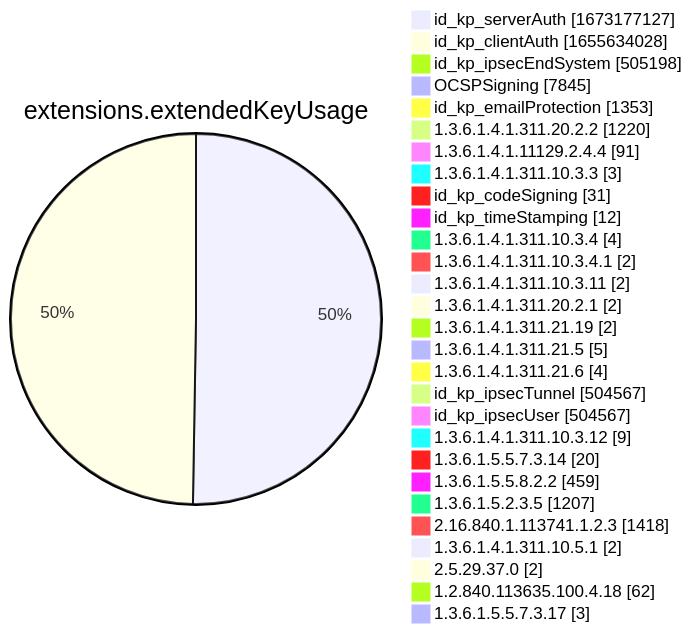
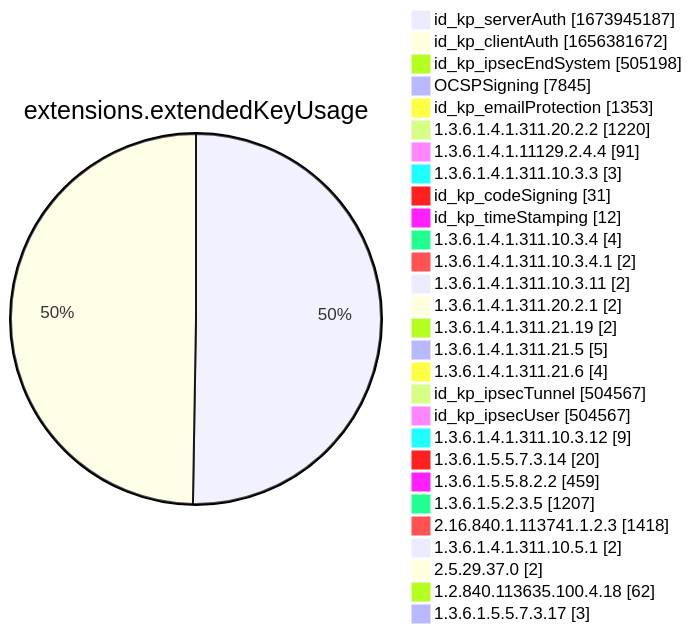
Diagram 12 of 15 in xenon2022/README.md (christiankrug/ctmonitor_visualization), drawn with Mermaid before and after one commit. The commit also changed other lines of this file, not shown here.

````diff
--- a/xenon2022/README.md
+++ b/xenon2022/README.md
@@ -3888,32 +3888,32 @@
 ```mermaid
 pie showData
 title extensions.extendedKeyUsage
-"id_kp_serverAuth" :1673177127
-"id_kp_clientAuth" :1655634028
+"id_kp_serverAuth" :1673945187
+"id_kp_clientAuth" :1656381672
 "id_kp_ipsecEndSystem" :505198
 "OCSPSigning" :7845
 "id_kp_emailProtection" :1353
 "1.3.6.1.4.1.311.20.2.2" :1220
 "1.3.6.1.4.1.11129.2.4.4" :91
 "1.3.6.1.4.1.311.10.3.3" :3
 "id_kp_codeSigning" :31
 "id_kp_timeStamping" :12
 "1.3.6.1.4.1.311.10.3.4" :4
 "1.3.6.1.4.1.311.10.3.4.1" :2
 "1.3.6.1.4.1.311.10.3.11" :2
 "1.3.6.1.4.1.311.20.2.1" :2
 "1.3.6.1.4.1.311.21.19" :2
 "1.3.6.1.4.1.311.21.5" :5
 "1.3.6.1.4.1.311.21.6" :4
 "id_kp_ipsecTunnel" :504567
 "id_kp_ipsecUser" :504567
 "1.3.6.1.4.1.311.10.3.12" :9
 "1.3.6.1.5.5.7.3.14" :20
 "1.3.6.1.5.5.8.2.2" :459
 "1.3.6.1.5.2.3.5" :1207
 "2.16.840.1.113741.1.2.3" :1418
 "1.3.6.1.4.1.311.10.5.1" :2
 "2.5.29.37.0" :2
 "1.2.840.113635.100.4.18" :62
 "1.3.6.1.5.5.7.3.17" :3
 ```
````
